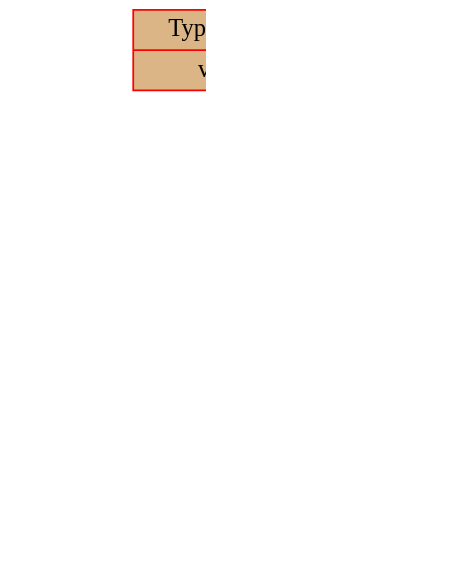
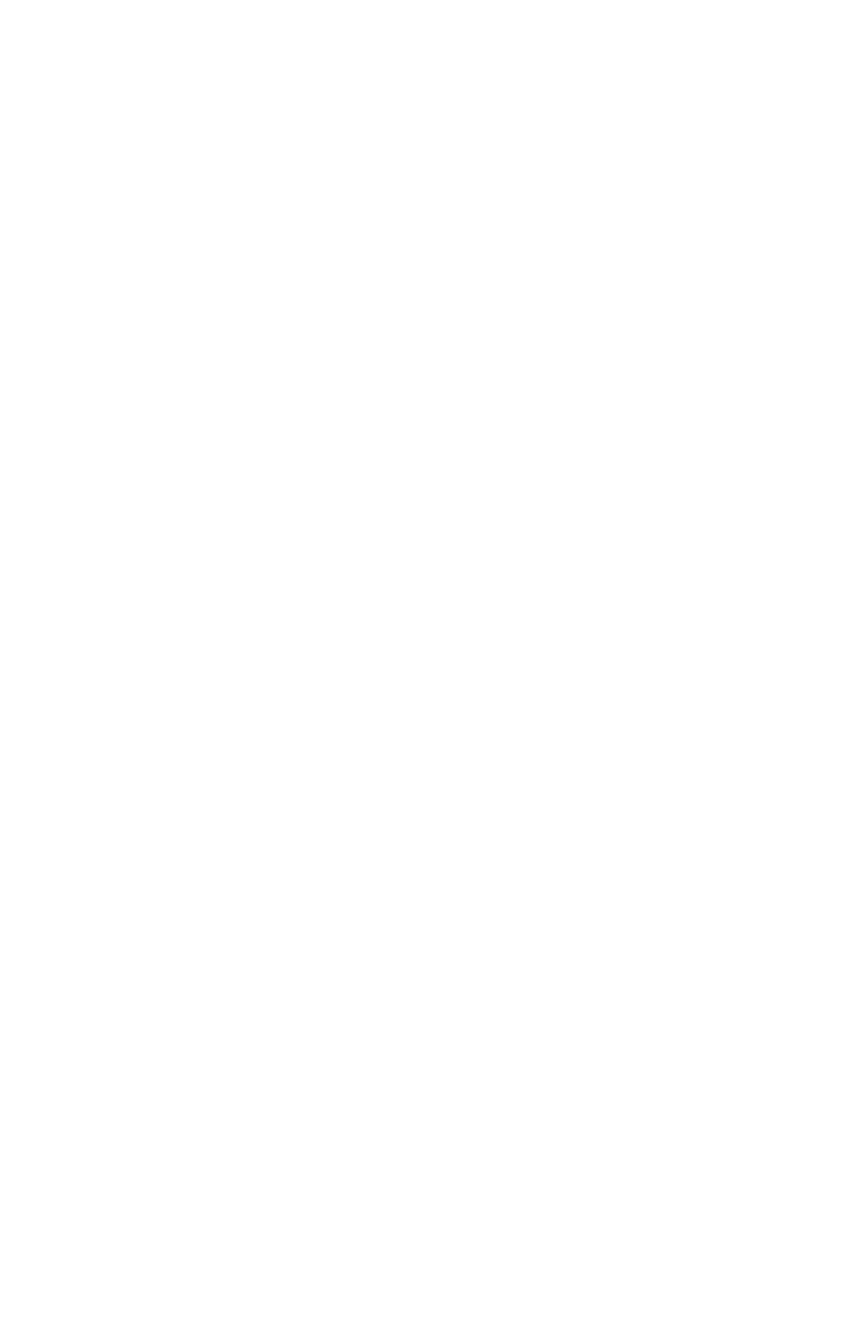
One commit to dodokek/ProgrammingLanguage changed the diagram in backend/data/graph.dot. Above: the diagram before and after it, drawn with Graphviz. The commit also changed 9 other files, not shown here.

```diff
--- a/backend/data/graph.dot
+++ b/backend/data/graph.dot
@@ -1,22 +1,40 @@
 
     digraph g {
         dpi      = 200;
         fontname = "Comic Sans MS";
         fontsize = 20;
         rankdir   =  TB;
         edge [color = darkgrey, arrowhead = onormal, arrowsize = 1, penwidth = 1.2]
         graph[fillcolor = lightgreen, ranksep = 1.3, nodesep = 0.5,
         style = "rounded, filled",color = green, penwidth = 2]
 
-    Node0000025a119b1840[shape=record, width=0.2, style="filled", color="red", fillcolor="#DBB585",label=" {Type: operation | value: ST}"] 
+    Node00000216aa0a66d0[shape=record, width=0.2, style="filled", color="red", fillcolor="#DBB585",label=" {Type: operation | value: ST}"] 
  
-Node0000025a119b1810[shape=record, width=0.2, style="filled", color="red", fillcolor="#DBB585",label=" {Type: operation | value: VAR}"] 
+Node00000216aa0a66a0[shape=record, width=0.2, style="filled", color="red", fillcolor="#DBB585",label=" {Type: operation | value: IF}"] 
  
-Node0000025a119b17b0[shape=record, width=0.2, style="filled", color="red", fillcolor="#19DB27",label=" {Type: variable | value: kot}"] 
+Node00000216aa0a6580[shape=record, width=0.2, style="filled", color="red", fillcolor="#DBB585",label=" {Type: operation | value: IS_NE}"] 
  
-Node0000025a119b17e0[shape=record, width=0.2, style="filled", color="red", fillcolor="#DB8E21",label=" {Type: number | value: 2}"] 
+Node00000216aa0a1d30[shape=record, width=0.2, style="filled", color="red", fillcolor="#DB8E21",label=" {Type: number | value: 2}"] 
  
-Node0000025a119b1840->Node0000025a119b1810
-Node0000025a119b1810->Node0000025a119b17b0
-Node0000025a119b1810->Node0000025a119b17e0
+Node00000216aa0a1d60[shape=record, width=0.2, style="filled", color="red", fillcolor="#DB8E21",label=" {Type: number | value: 2}"] 
+ 
+Node00000216aa0a6670[shape=record, width=0.2, style="filled", color="red", fillcolor="#DBB585",label=" {Type: operation | value: ELSE}"] 
+ 
+Node00000216aa0a6640[shape=record, width=0.2, style="filled", color="red", fillcolor="#DBB585",label=" {Type: operation | value: ST}"] 
+ 
+Node00000216aa0a6610[shape=record, width=0.2, style="filled", color="red", fillcolor="#DBB585",label=" {Type: operation | value: VAR}"] 
+ 
+Node00000216aa0a65b0[shape=record, width=0.2, style="filled", color="red", fillcolor="#19DB27",label=" {Function name |Name: kot}"] 
+ 
+Node00000216aa0a65e0[shape=record, width=0.2, style="filled", color="red", fillcolor="#DB8E21",label=" {Type: number | value: 1}"] 
+ 
+Node00000216aa0a66d0->Node00000216aa0a66a0
+Node00000216aa0a66a0->Node00000216aa0a6580
+Node00000216aa0a6580->Node00000216aa0a1d30
+Node00000216aa0a6580->Node00000216aa0a1d60
+Node00000216aa0a66a0->Node00000216aa0a6670
+Node00000216aa0a6670->Node00000216aa0a6640
+Node00000216aa0a6640->Node00000216aa0a6610
+Node00000216aa0a6610->Node00000216aa0a65b0
+Node00000216aa0a6610->Node00000216aa0a65e0
 }
```
